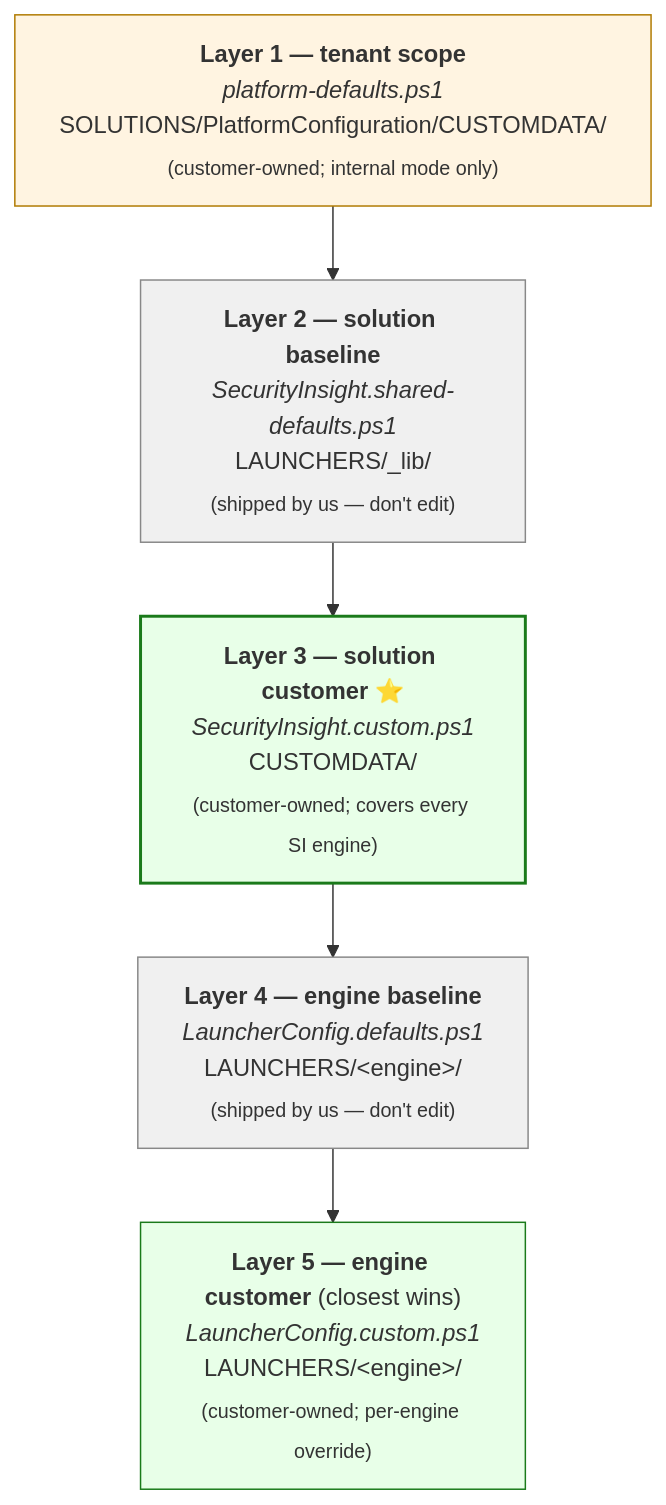
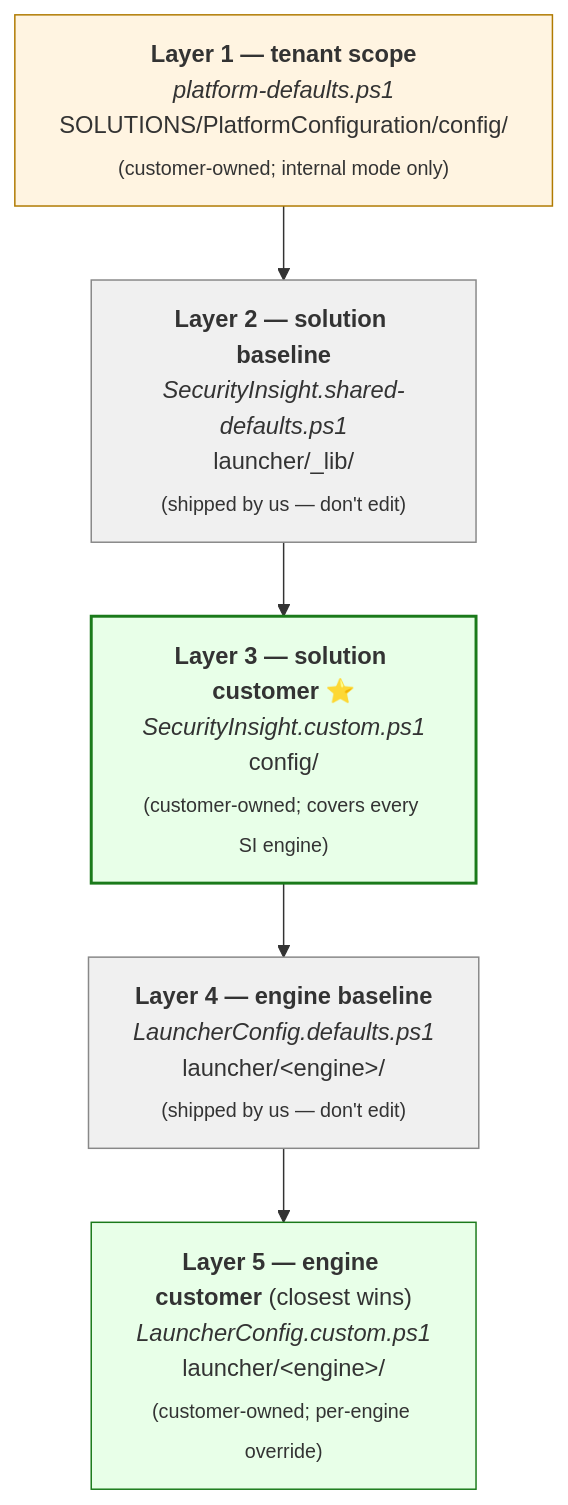
Before and after one commit to KnudsenMorten/SecurityInsight: the sixth of 11 diagrams in README.md, drawn with Mermaid. The commit also changed other lines of this file and 1542 other files, not shown here.

Commit message:
Publish SecurityInsight@2.2.0 from upstream monorepo

````diff
--- a/README.md
+++ b/README.md
@@ -614,14 +768,14 @@
 ```mermaid
 flowchart TD
-    L1["<b>Layer 1 — tenant scope</b><br/><i>platform-defaults.ps1</i><br/>SOLUTIONS/PlatformConfiguration/CUSTOMDATA/<br/><sub>(customer-owned; internal mode only)</sub>"]
-    L2["<b>Layer 2 — solution baseline</b><br/><i>SecurityInsight.shared-defaults.ps1</i><br/>LAUNCHERS/_lib/<br/><sub>(shipped by us — don't edit)</sub>"]
-    L3["<b>Layer 3 — solution customer</b> ⭐<br/><i>SecurityInsight.custom.ps1</i><br/>CUSTOMDATA/<br/><sub>(customer-owned; covers every SI engine)</sub>"]
-    L4["<b>Layer 4 — engine baseline</b><br/><i>LauncherConfig.defaults.ps1</i><br/>LAUNCHERS/&lt;engine&gt;/<br/><sub>(shipped by us — don't edit)</sub>"]
-    L5["<b>Layer 5 — engine customer</b> (closest wins)<br/><i>LauncherConfig.custom.ps1</i><br/>LAUNCHERS/&lt;engine&gt;/<br/><sub>(customer-owned; per-engine override)</sub>"]
+    L1["<b>Layer 1 — tenant scope</b><br/><i>platform-defaults.ps1</i><br/>SOLUTIONS/PlatformConfiguration/config/<br/><sub>(customer-owned; internal mode only)</sub>"]
+    L2["<b>Layer 2 — solution baseline</b><br/><i>SecurityInsight.shared-defaults.ps1</i><br/>launcher/_lib/<br/><sub>(shipped by us — don't edit)</sub>"]
+    L3["<b>Layer 3 — solution customer</b> ⭐<br/><i>SecurityInsight.custom.ps1</i><br/>config/<br/><sub>(customer-owned; covers every SI engine)</sub>"]
+    L4["<b>Layer 4 — engine baseline</b><br/><i>LauncherConfig.defaults.ps1</i><br/>launcher/&lt;engine&gt;/<br/><sub>(shipped by us — don't edit)</sub>"]
+    L5["<b>Layer 5 — engine customer</b> (closest wins)<br/><i>LauncherConfig.custom.ps1</i><br/>launcher/&lt;engine&gt;/<br/><sub>(customer-owned; per-engine override)</sub>"]
     L1 --> L2 --> L3 --> L4 --> L5
     style L2 fill:#f0f0f0,stroke:#888
     style L4 fill:#f0f0f0,stroke:#888
     style L3 fill:#e8ffe8,stroke:#1a7a1a,stroke-width:2px
     style L5 fill:#e8ffe8,stroke:#1a7a1a
     style L1 fill:#fff4e1,stroke:#b07a00
 ```
````
